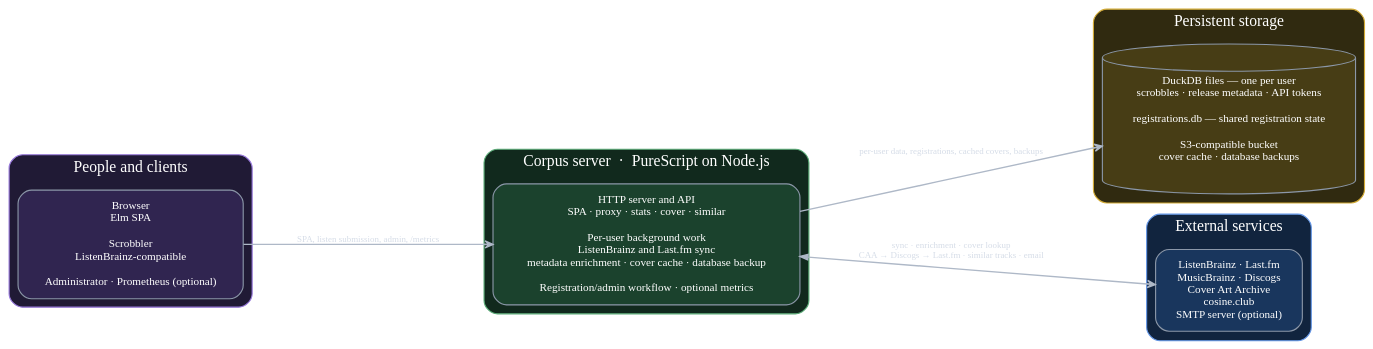
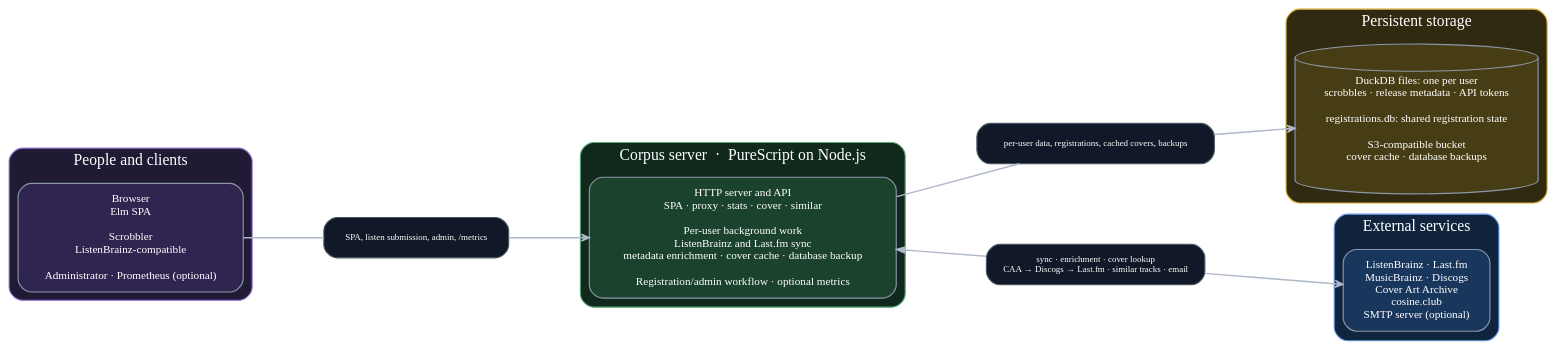
Before and after one commit to mtmn/corpus: the diagram in docs/architecture.dot, drawn with Graphviz. The commit also changed 5 other files, not shown here.

```diff
--- a/docs/architecture.dot
+++ b/docs/architecture.dot
@@ -1,86 +1,102 @@
 digraph corpus {
     graph [
         rankdir=LR
         bgcolor="transparent"
         nodesep=0.7
         ranksep=1.0
         pad=0.2
         fontname="Atkinson Hyperlegible Mono"
         fontcolor="#e8edf5"
     ]
 
     node [
         fontname="Atkinson Hyperlegible Mono"
         fontsize=10
         shape=box
         style="rounded,filled"
         color="#8b97a8"
         fontcolor="#ffffff"
         margin="0.18,0.12"
     ]
     edge [
         fontname="Atkinson Hyperlegible Mono"
         fontsize=8
         color="#aeb8c7"
         fontcolor="#d5dce7"
         arrowhead=vee
         arrowsize=0.7
         penwidth=1.25
     ]
 
     subgraph cluster_clients {
         label="People and clients"
         style="rounded,filled"
         fillcolor="#201a35"
         color="#9879dc"
         fontcolor="#ffffff"
         Clients [
             label="Browser\nElm SPA\n\nScrobbler\nListenBrainz-compatible\n\nAdministrator · Prometheus (optional)"
             fillcolor="#302550"
         ]
     }
 
     subgraph cluster_server {
         label="Corpus server  ·  PureScript on Node.js"
         style="rounded,filled"
         fillcolor="#11291d"
         color="#59aa76"
         fontcolor="#ffffff"
         Corpus [
             label="HTTP server and API\nSPA · proxy · stats · cover · similar\n\nPer-user background work\nListenBrainz and Last.fm sync\nmetadata enrichment · cover cache · database backup\n\nRegistration/admin workflow · optional metrics"
             fillcolor="#1b422d"
         ]
     }
 
     subgraph cluster_storage {
         label="Persistent storage"
         style="rounded,filled"
         fillcolor="#302a10"
         color="#d2aa35"
         fontcolor="#ffffff"
         Storage [
-            label="DuckDB files — one per user\nscrobbles · release metadata · API tokens\n\nregistrations.db — shared registration state\n\nS3-compatible bucket\ncover cache · database backups"
+            label="DuckDB files: one per user\nscrobbles · release metadata · API tokens\n\nregistrations.db: shared registration state\n\nS3-compatible bucket\ncover cache · database backups"
             shape=cylinder
             fillcolor="#473d15"
         ]
     }
 
     subgraph cluster_external {
         label="External services"
         style="rounded,filled"
         fillcolor="#11243e"
         color="#6396e7"
         fontcolor="#ffffff"
         External [
             label="ListenBrainz · Last.fm\nMusicBrainz · Discogs\nCover Art Archive\ncosine.club\nSMTP server (optional)"
             fillcolor="#19365d"
         ]
     }
 
-    Clients -> Corpus [label="SPA, listen submission, admin, /metrics"]
-    Corpus -> Storage [label="per-user data, registrations, cached covers, backups"]
-    Corpus -> External [
-        dir=both
+    // Model labels as nodes so connection lines cannot cross their text.
+    node [
+        shape=box
+        style="rounded,filled"
+        color="#4b5563"
+        fillcolor="#111827"
+        fontcolor="#ffffff"
+        fontsize=8
+        margin="0.1,0.06"
+    ]
+    ClientFlow [label="SPA, listen submission, admin, /metrics"]
+    StorageFlow [label="per-user data, registrations, cached covers, backups"]
+    ExternalFlow [
         label="sync · enrichment · cover lookup\nCAA → Discogs → Last.fm · similar tracks · email"
     ]
+
+    Clients -> ClientFlow [arrowhead=none]
+    ClientFlow -> Corpus
+    Corpus -> StorageFlow [arrowhead=none]
+    StorageFlow -> Storage
+    Corpus -> ExternalFlow [dir=back]
+    ExternalFlow -> External
 }
```
